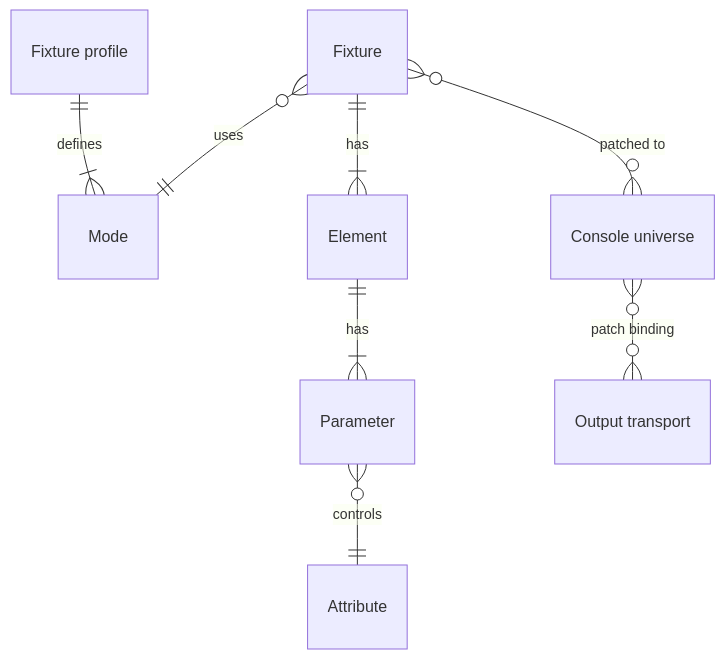
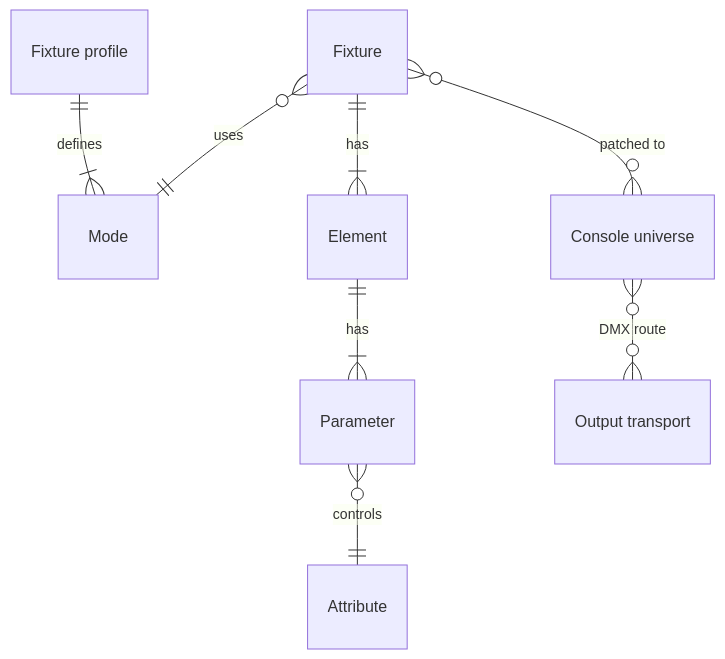
One commit to stewartadam/nightfall-lightdesk changed the first of 3 diagrams in docs/internal/src/concepts/concept-map.md. Above: the diagram before and after it, drawn with Mermaid. The commit also changed other lines of this file and 6 other files, not shown here.

````diff
--- a/docs/internal/src/concepts/concept-map.md
+++ b/docs/internal/src/concepts/concept-map.md
@@ -11,20 +11,20 @@
 ```mermaid
 erDiagram
   accTitle: The rig
-  accDescr: A fixture profile defines one or more modes. Each fixture uses one mode and has one or more elements, each with one or more parameters. Each parameter controls one attribute. Fixtures patch into console universes, and patch bindings route console universes to output transports.
+  accDescr: A fixture profile defines one or more modes. Each fixture uses one mode and has one or more elements, each with one or more parameters. Each parameter controls one attribute. Fixtures patch into console universes, and DMX routes send console universes to output transports.
   profile["Fixture profile"]
   mode["Mode"]
   fixture["Fixture"]
   element["Element"]
   parameter["Parameter"]
   attribute["Attribute"]
   console["Console universe"]
   transport["Output transport"]
   profile ||--|{ mode : defines
   fixture }o--|| mode : uses
   fixture ||--|{ element : has
   element ||--|{ parameter : has
   parameter }o--|| attribute : controls
   fixture }o--o{ console : "patched to"
-  console }o--o{ transport : "patch binding"
+  console }o--o{ transport : "DMX route"
 ```
````
